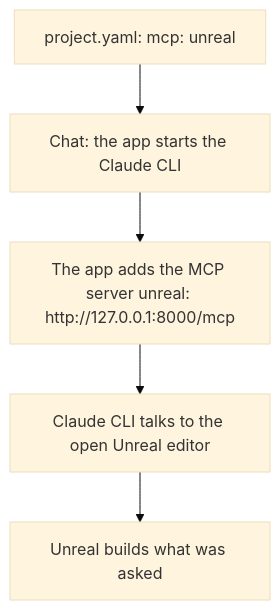
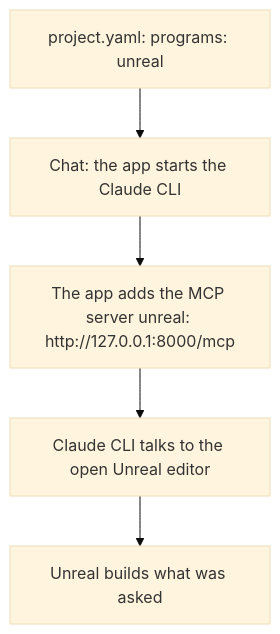
Before and after one commit to GFGMNET/Workspace: the diagram in docs/plans/UNREAL.md, drawn with Mermaid (base theme). The commit also changed other lines of this file and 6 other files, not shown here.

First line of the commit message:
MCP plans: switched on with programs: (approved), Ready 2 Deploy again

````diff
--- a/docs/plans/UNREAL.md
+++ b/docs/plans/UNREAL.md
@@ -64,7 +62,7 @@
 ```mermaid
 flowchart TD
-  A[project.yaml: mcp: unreal] --> B[Chat: the app starts the Claude CLI]
+  A[project.yaml: programs: unreal] --> B[Chat: the app starts the Claude CLI]
   B --> C[The app adds the MCP server unreal: http://127.0.0.1:8000/mcp]
   C --> D[Claude CLI talks to the open Unreal editor]
   D --> E[Unreal builds what was asked]
 ```
````
